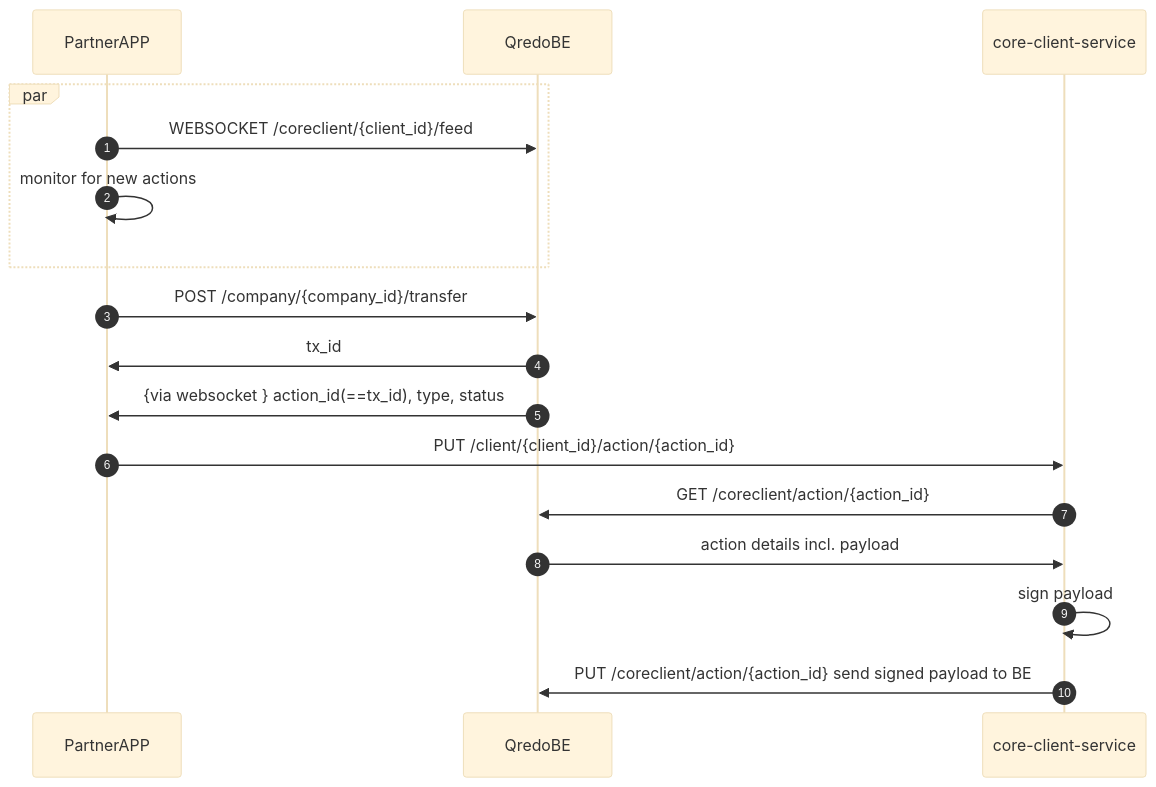
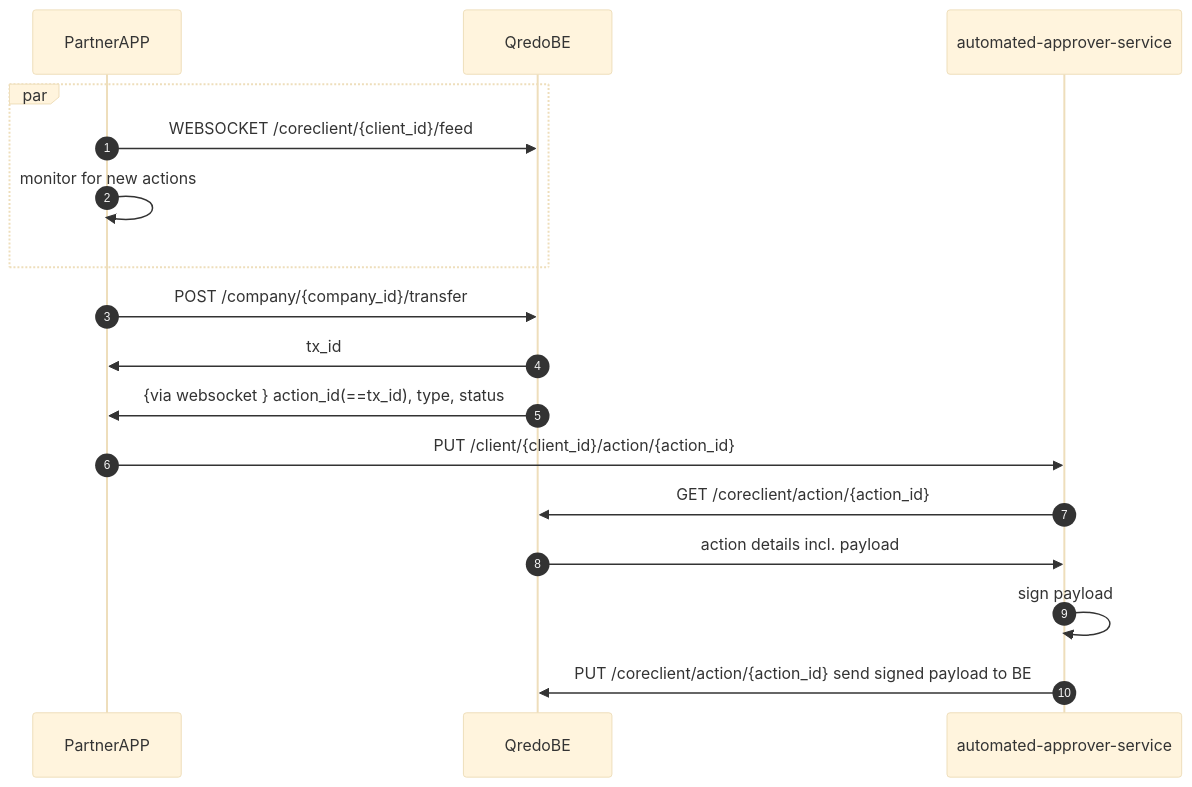
Before and after one commit to qredo/signing-agent: the third of 3 diagrams in doc/usage.md, drawn with Mermaid (base theme). The commit also changed other lines of this file and 1 other file, not shown here.

Commit message:
CE-35 - replace phrase core-client with automated-approver - the text

````diff
--- a/doc/usage.md
+++ b/doc/usage.md
@@ -246,17 +246,17 @@
 ```mermaid
 sequenceDiagram
   autonumber
 
   par
   PartnerAPP->>QredoBE: WEBSOCKET /coreclient/{client_id}/feed
   PartnerAPP->>PartnerAPP: monitor for new actions
   end
   PartnerAPP->>QredoBE:POST /company/{company_id}/transfer
   QredoBE->>PartnerAPP: tx_id
   QredoBE->>PartnerAPP: {via websocket } action_id(==tx_id), type, status
-  PartnerAPP->>core-client-service: PUT /client/{client_id}/action/{action_id}
-  core-client-service->>QredoBE: GET /coreclient/action/{action_id}
-  QredoBE->>core-client-service: action details incl. payload
-  core-client-service->>core-client-service: sign payload
-  core-client-service->>QredoBE: PUT /coreclient/action/{action_id} send signed payload to BE
+  PartnerAPP->>automated-approver-service: PUT /client/{client_id}/action/{action_id}
+  automated-approver-service->>QredoBE: GET /coreclient/action/{action_id}
+  QredoBE->>automated-approver-service: action details incl. payload
+  automated-approver-service->>automated-approver-service: sign payload
+  automated-approver-service->>QredoBE: PUT /coreclient/action/{action_id} send signed payload to BE
 ```
````
